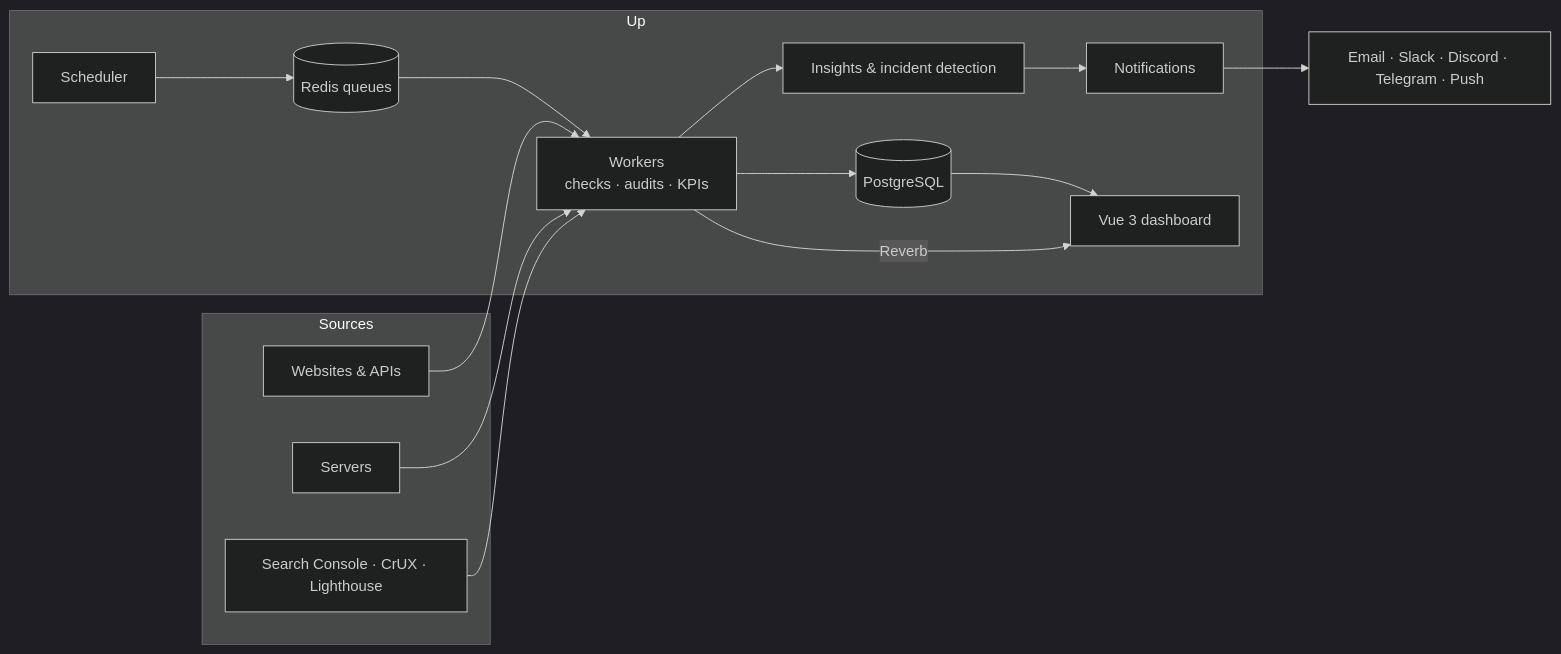
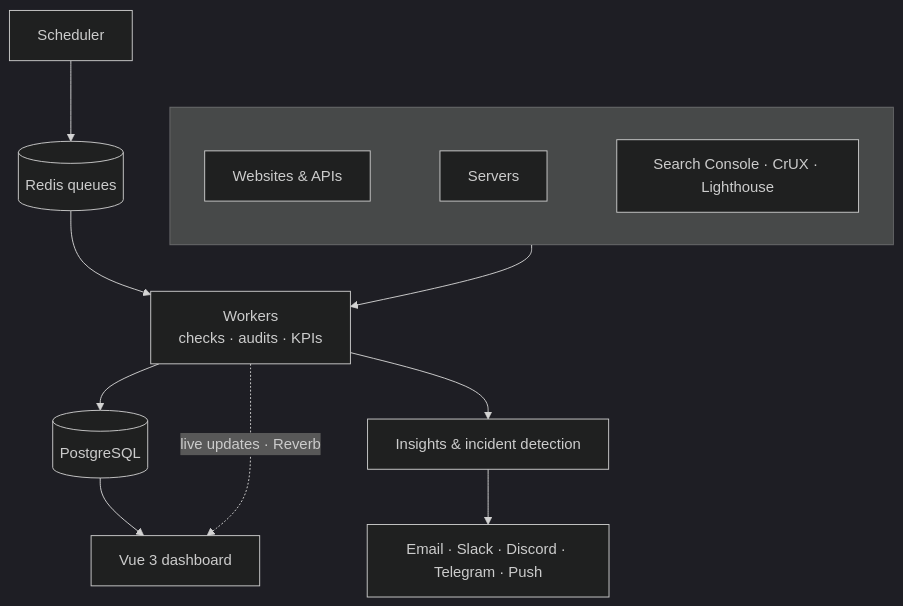
One commit to BBerthod/up-monitor changed the diagram in README.md. Above: the diagram before and after it, drawn with Mermaid (dark theme). The commit also changed other lines of this file, not shown here.

Commit message:
Snapshot du 2026-10-07

````diff
--- a/README.md
+++ b/README.md
@@ -78,21 +78,12 @@
 ```mermaid
-flowchart LR
-    subgraph Sources
-        S1[Websites & APIs]
-        S2[Servers]
-        S3[Search Console · CrUX · Lighthouse]
+flowchart TB
+    subgraph Sources[" "]
+        direction LR
+        S1[Websites & APIs] ~~~ S2[Servers] ~~~ S3[Search Console · CrUX · Lighthouse]
     end
-    subgraph Up
-        SCH[Scheduler] --> Q[(Redis queues)]
-        Q --> W[Workers<br/>checks · audits · KPIs]
-        W --> DB[(PostgreSQL)]
-        W --> INS[Insights & incident detection]
-        INS --> N[Notifications]
-        DB --> UI[Vue 3 dashboard]
-        W -- Reverb --> UI
-    end
-    S1 --> W
-    S2 --> W
-    S3 --> W
-    N --> C[Email · Slack · Discord · Telegram · Push]
+    Sources --> W
+    SCH[Scheduler] --> Q[(Redis queues)] --> W[Workers<br/>checks · audits · KPIs]
+    W --> DB[(PostgreSQL)] --> UI[Vue 3 dashboard]
+    W -. live updates · Reverb .-> UI
+    W --> INS[Insights & incident detection] --> N[Email · Slack · Discord · Telegram · Push]
 ```
````
